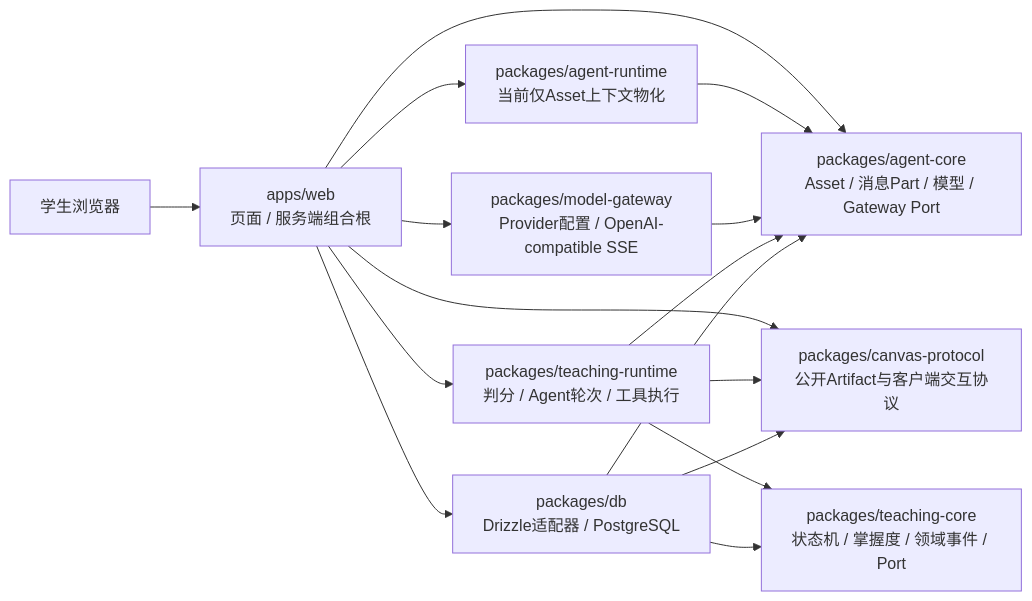
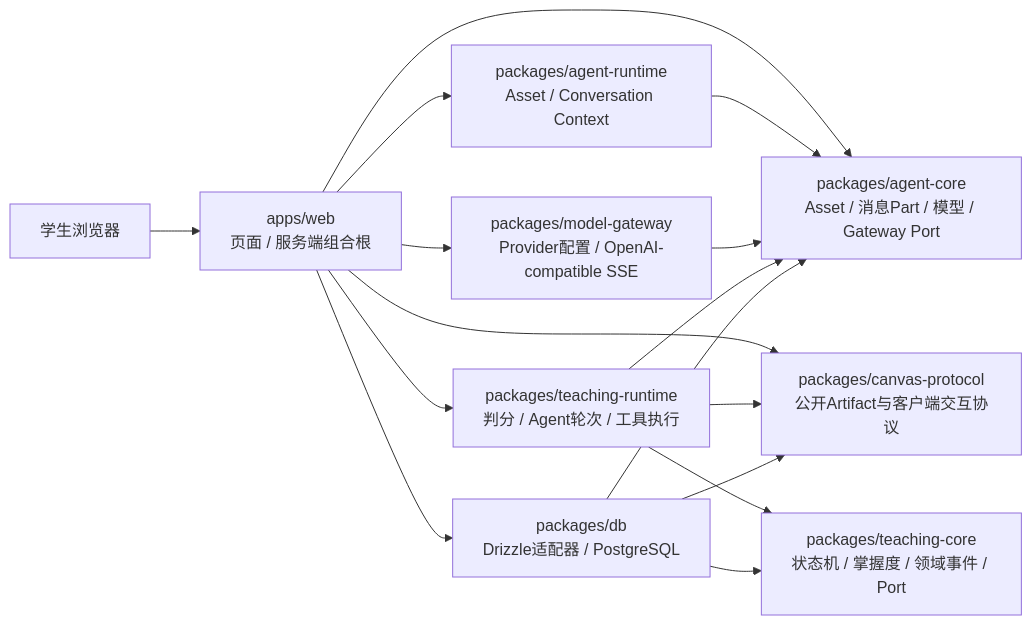
Before and after one commit to Timcai06/EduCanvas: the second of 3 diagrams in docs/02-architecture/system-architecture.md, drawn with Mermaid. The commit also changed other lines of this file and 36 other files, not shown here.

````diff
--- a/docs/02-architecture/system-architecture.md
+++ b/docs/02-architecture/system-architecture.md
@@ -38,18 +38,18 @@
 ```mermaid
 flowchart LR
     student[学生浏览器] --> web["apps/web<br/>页面 / 服务端组合根"]
     web --> agent["packages/agent-core<br/>Asset / 消息Part / 模型 / Gateway Port"]
-    web --> agentRuntime["packages/agent-runtime<br/>当前仅Asset上下文物化"]
+    web --> agentRuntime["packages/agent-runtime<br/>Asset / Conversation Context"]
     web --> canvas["packages/canvas-protocol<br/>公开Artifact与客户端交互协议"]
     web --> runtime["packages/teaching-runtime<br/>判分 / Agent轮次 / 工具执行"]
     web --> gateway["packages/model-gateway<br/>Provider配置 / OpenAI-compatible SSE"]
     web --> db["packages/db<br/>Drizzle适配器 / PostgreSQL"]
     agentRuntime --> agent
     gateway --> agent
     runtime --> agent
     runtime --> canvas
     runtime --> teaching["packages/teaching-core<br/>状态机 / 掌握度 / 领域事件 / Port"]
     db --> teaching
     db --> agent
     db --> canvas
 ```
````
